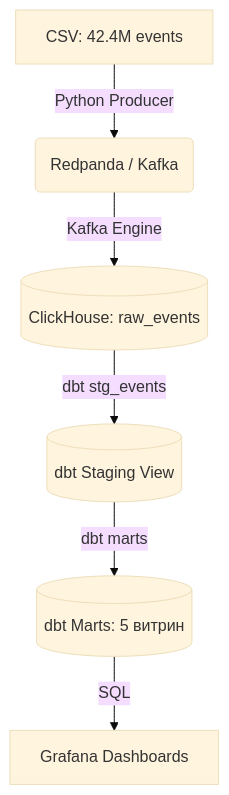
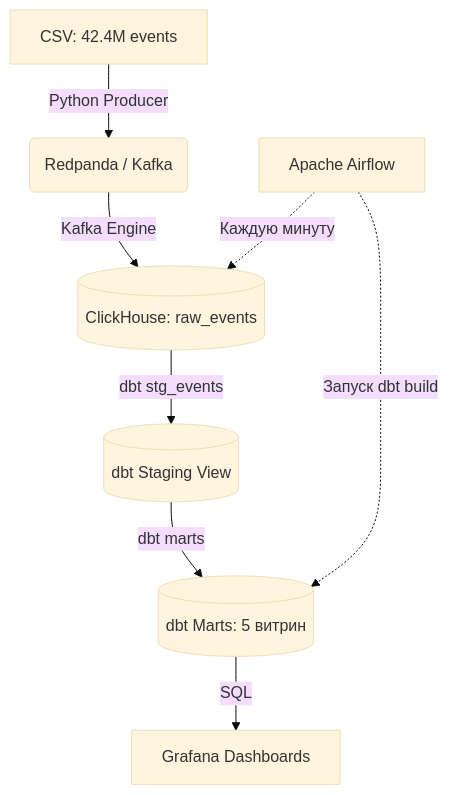
One commit to ollykl13/ShopStream changed the diagram in README.md. Above: the diagram before and after it, drawn with Mermaid (base theme). The commit also changed other lines of this file, not shown here.

Commit message:
docs: add Airflow to README and architecture

````diff
--- a/README.md
+++ b/README.md
@@ -32,8 +33,11 @@
 ```mermaid
 graph TD
     A[CSV: 42.4M events] -->|Python Producer| B(Redpanda / Kafka)
     B -->|Kafka Engine| C[(ClickHouse: raw_events)]
     C -->|dbt stg_events| D[(dbt Staging View)]
     D -->|dbt marts| E[(dbt Marts: 5 витрин)]
     E -->|SQL| F[Grafana Dashboards]
+    
+    G[Apache Airflow] -.->|Каждую минуту| C
+    G -.->|Запуск dbt build| E
 ```
````
